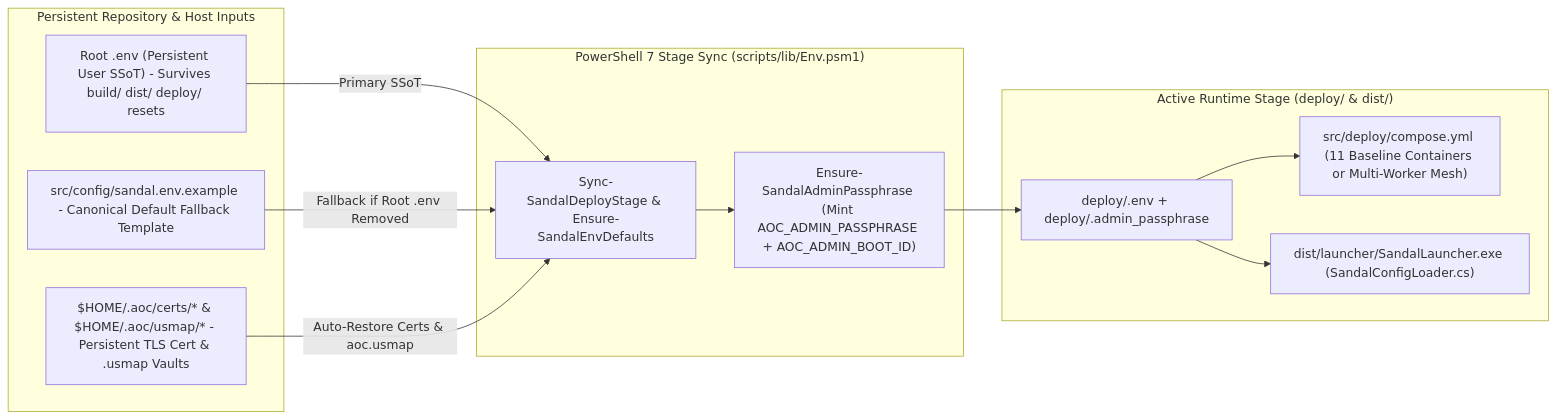
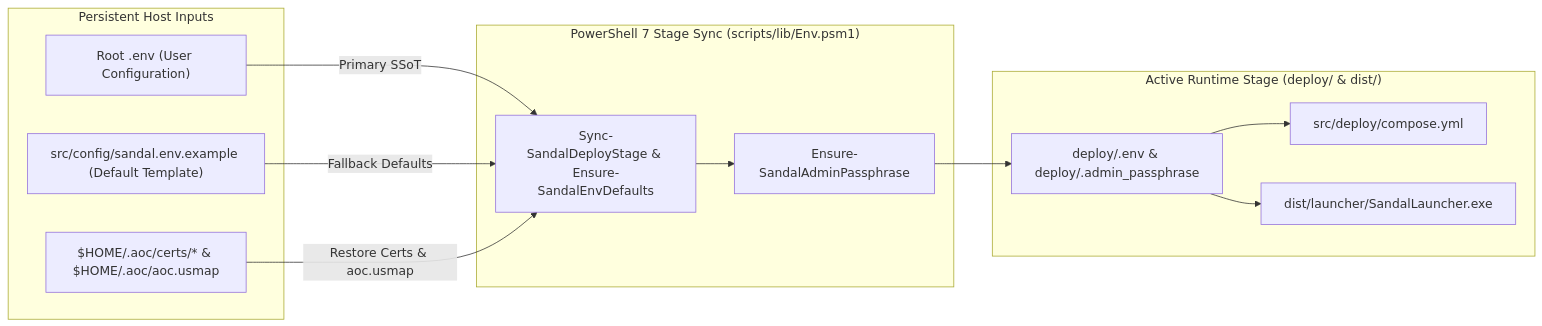
Before and after one commit to debuggin/SandalCore: the diagram in docs/CONFIGURATION.md, drawn with Mermaid. The commit also changed other lines of this file and 222 other files, not shown here.

````diff
--- a/docs/CONFIGURATION.md
+++ b/docs/CONFIGURATION.md
@@ -19,27 +18,27 @@
 ```mermaid
 flowchart LR
-    subgraph PersistentConfig["Persistent Repository & Host Inputs"]
-        RootEnv["Root .env (Persistent User SSoT) - Survives build/ dist/ deploy/ resets"]
-        ExampleEnv["src/config/sandal.env.example - Canonical Default Fallback Template"]
-        HostCerts["$HOME/.aoc/certs/* & $HOME/.aoc/usmap/* - Persistent TLS Cert & .usmap Vaults"]
+    subgraph PersistentConfig["Persistent Host Inputs"]
+        RootEnv["Root .env (User Configuration)"]
+        ExampleEnv["src/config/sandal.env.example (Default Template)"]
+        HostCerts["$HOME/.aoc/certs/* & $HOME/.aoc/aoc.usmap"]
     end
 
     subgraph Orchestrator["PowerShell 7 Stage Sync (scripts/lib/Env.psm1)"]
         SyncStage["Sync-SandalDeployStage & Ensure-SandalEnvDefaults"]
-        AdminGen["Ensure-SandalAdminPassphrase (Mint AOC_ADMIN_PASSPHRASE + AOC_ADMIN_BOOT_ID)"]
+        AdminGen["Ensure-SandalAdminPassphrase"]
     end
 
     subgraph RuntimeStage["Active Runtime Stage (deploy/ & dist/)"]
-        DeployEnv["deploy/.env + deploy/.admin_passphrase"]
-        Compose["src/deploy/compose.yml (11 Baseline Containers or Multi-Worker Mesh)"]
-        Launcher["dist/launcher/SandalLauncher.exe (SandalConfigLoader.cs)"]
+        DeployEnv["deploy/.env & deploy/.admin_passphrase"]
+        Compose["src/deploy/compose.yml"]
+        Launcher["dist/launcher/SandalLauncher.exe"]
     end
 
     RootEnv -->|"Primary SSoT"| SyncStage
-    ExampleEnv -->|"Fallback if Root .env Removed"| SyncStage
-    HostCerts -->|"Auto-Restore Certs & aoc.usmap"| SyncStage
+    ExampleEnv -->|"Fallback Defaults"| SyncStage
+    HostCerts -->|"Restore Certs & aoc.usmap"| SyncStage
     SyncStage --> AdminGen
     AdminGen --> DeployEnv
     DeployEnv --> Compose
     DeployEnv --> Launcher
 ```
````
